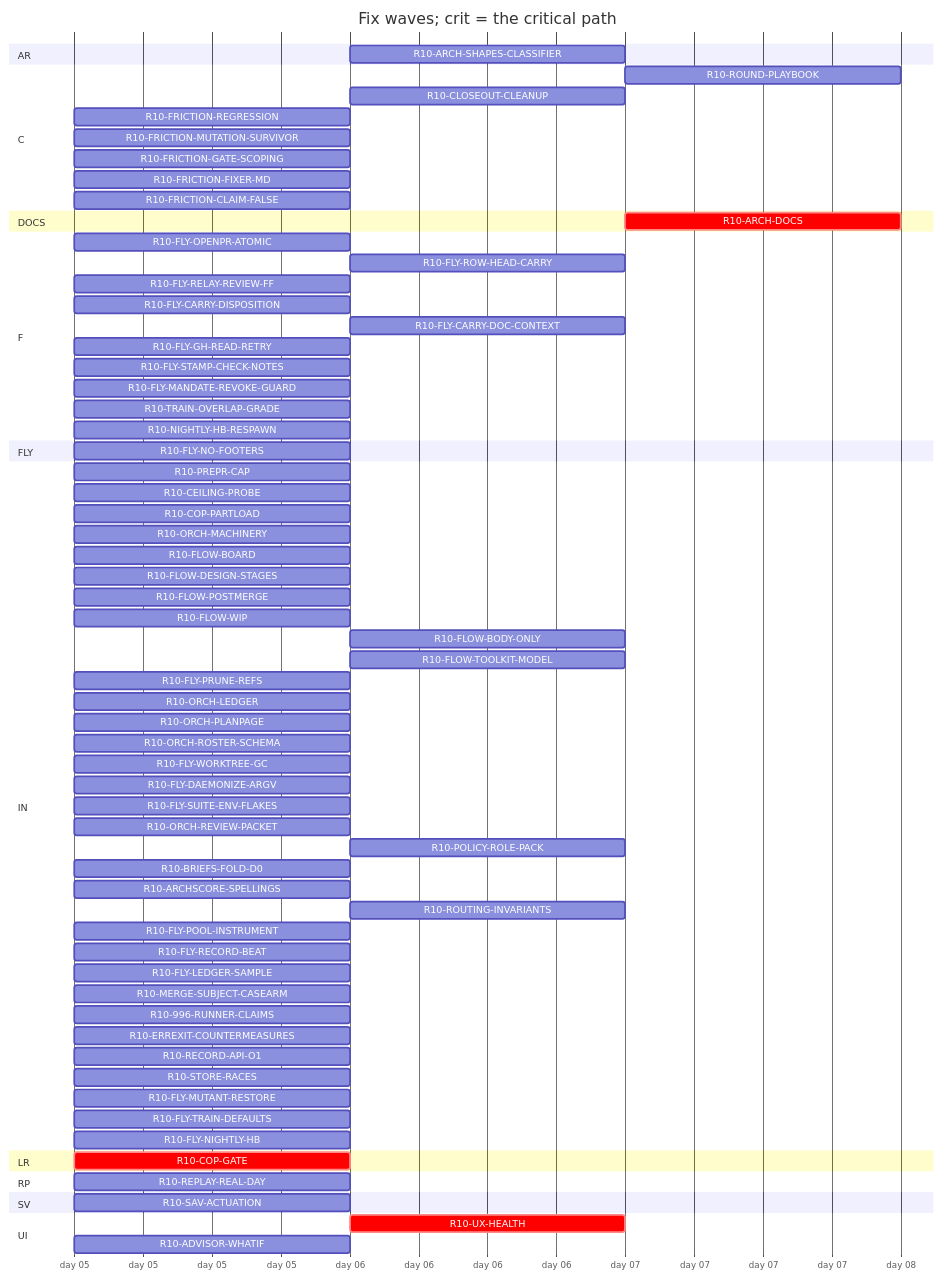
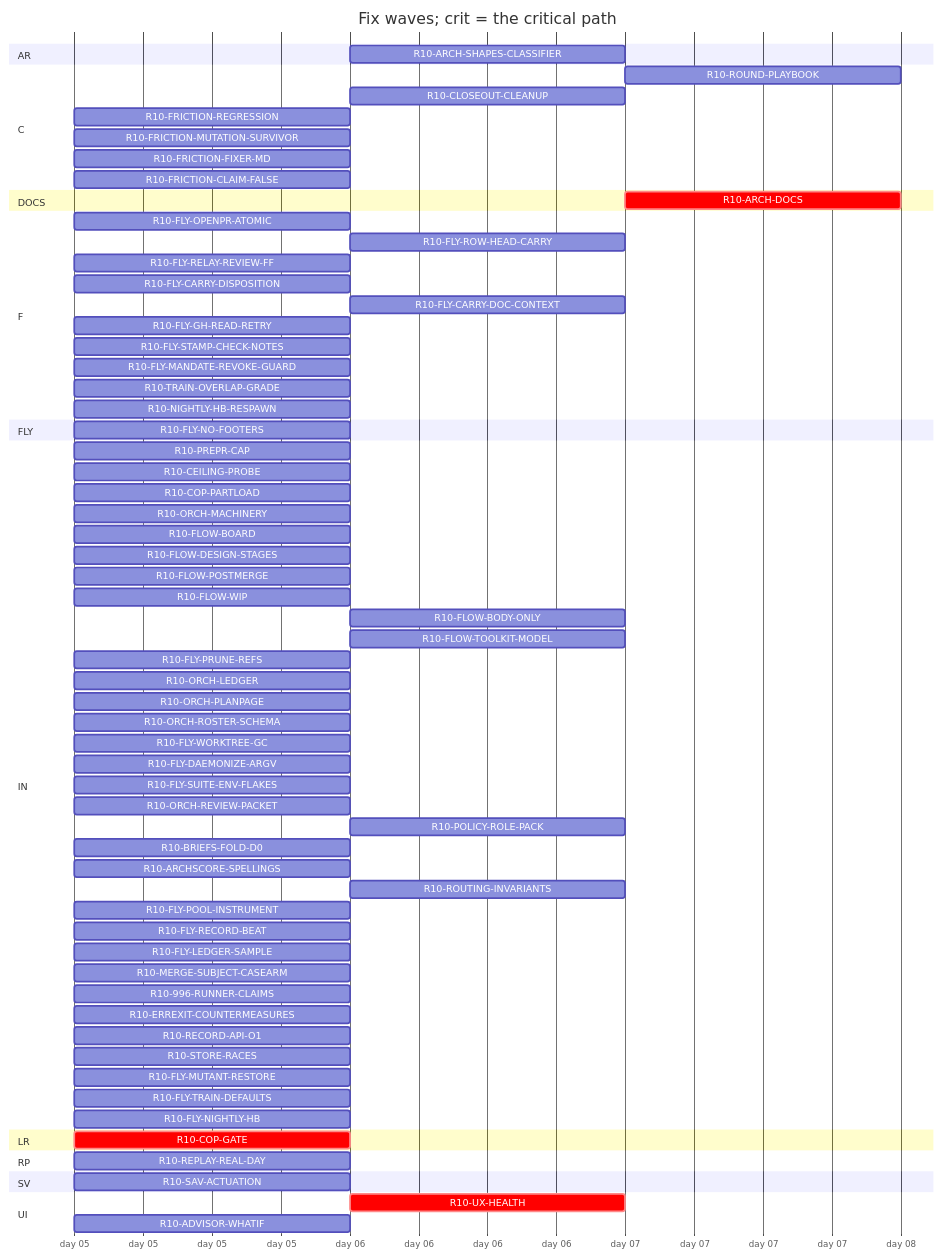
Before and after one commit to tvofi/heatpump_optimizer: the diagram in handoff/round10/state/PLAN-TABLE.md, drawn with Mermaid. The commit also changed other lines of this file and 3 other files, not shown here.

Commit message:
state: FLOW-BOARD.md, NEXT-SESSION-PROMPT.md, PLAN-TABLE.md, RESUME-CURRENT.md regenerated (state_docs.py)

````diff
--- a/handoff/round10/state/PLAN-TABLE.md
+++ b/handoff/round10/state/PLAN-TABLE.md
@@ -23,74 +23,73 @@
 ```mermaid
 gantt
   title Fix waves; crit = the critical path
   dateFormat YYYY-MM-DD
   axisFormat day %d
   section AR
     R10-ARCH-SHAPES-CLASSIFIER :r10ARCHSHAPESCLASSIFIER, after r10996RUNNERCLAIMS, 1d
   section C
     R10-ROUND-PLAYBOOK :r10ROUNDPLAYBOOK, after r10ORCHLEDGER r10ORCHPLANPAGE r10FLYRELAYREVIEWFF r10FLOWBODYONLY, 1d
     R10-CLOSEOUT-CLEANUP :r10CLOSEOUTCLEANUP, after r10FLYPRUNEREFS r10FLYWORKTREEGC, 1d
     R10-FRICTION-REGRESSION :r10FRICTIONREGRESSION, 2026-01-05, 1d
     R10-FRICTION-MUTATION-SURVIVOR :r10FRICTIONMUTATIONSURVIVOR, 2026-01-05, 1d
-    R10-FRICTION-GATE-SCOPING :r10FRICTIONGATESCOPING, 2026-01-05, 1d
     R10-FRICTION-FIXER-MD :r10FRICTIONFIXERMD, 2026-01-05, 1d
     R10-FRICTION-CLAIM-FALSE :r10FRICTIONCLAIMFALSE, 2026-01-05, 1d
   section DOCS
     R10-ARCH-DOCS :crit, r10ARCHDOCS, after r10COPGATE r10UXHEALTH r10CEILINGPROBE r10COPPARTLOAD r10FLOWBOARD r10FLOWDESIGNSTAGES r10FLOWPOSTMERGE r10FLOWWIP r10FLOWBODYONLY r10FLYOPENPRATOMIC r10FLYROWHEADCARRY r10FLYRELAYREVIEWFF r10FLYCARRYDISPOSITION r10FLYCARRYDOCCONTEXT r10FLOWTOOLKITMODEL r10FLYSTAMPCHECKNOTES r10FLYMANDATEREVOKEGUARD r10TRAINOVERLAPGRADE r10NIGHTLYHBRESPAWN r10FLYPRUNEREFS r10ORCHLEDGER r10ORCHPLANPAGE r10ORCHROSTERSCHEMA r10FLYWORKTREEGC r10FLYDAEMONIZEARGV r10ORCHREVIEWPACKET r10POLICYROLEPACK r10BRIEFSFOLDD0 r10REPLAYREALDAY r10ARCHSCORESPELLINGS r10SAVACTUATION r10FLYLEDGERSAMPLE, 1d
   section F
     R10-FLY-OPENPR-ATOMIC :r10FLYOPENPRATOMIC, 2026-01-05, 1d
     R10-FLY-ROW-HEAD-CARRY :r10FLYROWHEADCARRY, after r10FLYOPENPRATOMIC, 1d
     R10-FLY-RELAY-REVIEW-FF :r10FLYRELAYREVIEWFF, 2026-01-05, 1d
     R10-FLY-CARRY-DISPOSITION :r10FLYCARRYDISPOSITION, 2026-01-05, 1d
     R10-FLY-CARRY-DOC-CONTEXT :r10FLYCARRYDOCCONTEXT, after r10FLYGHREADRETRY, 1d
     R10-FLY-GH-READ-RETRY :r10FLYGHREADRETRY, 2026-01-05, 1d
     R10-FLY-STAMP-CHECK-NOTES :r10FLYSTAMPCHECKNOTES, 2026-01-05, 1d
     R10-FLY-MANDATE-REVOKE-GUARD :r10FLYMANDATEREVOKEGUARD, 2026-01-05, 1d
     R10-TRAIN-OVERLAP-GRADE :r10TRAINOVERLAPGRADE, 2026-01-05, 1d
     R10-NIGHTLY-HB-RESPAWN :r10NIGHTLYHBRESPAWN, 2026-01-05, 1d
   section FLY
     R10-FLY-NO-FOOTERS :r10FLYNOFOOTERS, 2026-01-05, 1d
   section IN
     R10-PREPR-CAP :r10PREPRCAP, 2026-01-05, 1d
     R10-CEILING-PROBE :r10CEILINGPROBE, 2026-01-05, 1d
     R10-COP-PARTLOAD :r10COPPARTLOAD, 2026-01-05, 1d
     R10-ORCH-MACHINERY :r10ORCHMACHINERY, 2026-01-05, 1d
     R10-FLOW-BOARD :r10FLOWBOARD, 2026-01-05, 1d
     R10-FLOW-DESIGN-STAGES :r10FLOWDESIGNSTAGES, 2026-01-05, 1d
     R10-FLOW-POSTMERGE :r10FLOWPOSTMERGE, 2026-01-05, 1d
     R10-FLOW-WIP :r10FLOWWIP, 2026-01-05, 1d
     R10-FLOW-BODY-ONLY :r10FLOWBODYONLY, after r10FLYOPENPRATOMIC, 1d
     R10-FLOW-TOOLKIT-MODEL :r10FLOWTOOLKITMODEL, after r10ORCHPLANPAGE, 1d
     R10-FLY-PRUNE-REFS :r10FLYPRUNEREFS, 2026-01-05, 1d
     R10-ORCH-LEDGER :r10ORCHLEDGER, 2026-01-05, 1d
     R10-ORCH-PLANPAGE :r10ORCHPLANPAGE, 2026-01-05, 1d
     R10-ORCH-ROSTER-SCHEMA :r10ORCHROSTERSCHEMA, 2026-01-05, 1d
     R10-FLY-WORKTREE-GC :r10FLYWORKTREEGC, 2026-01-05, 1d
     R10-FLY-DAEMONIZE-ARGV :r10FLYDAEMONIZEARGV, 2026-01-05, 1d
     R10-FLY-SUITE-ENV-FLAKES :r10FLYSUITEENVFLAKES, 2026-01-05, 1d
     R10-ORCH-REVIEW-PACKET :r10ORCHREVIEWPACKET, 2026-01-05, 1d
     R10-POLICY-ROLE-PACK :r10POLICYROLEPACK, after r10FLOWDESIGNSTAGES, 1d
     R10-BRIEFS-FOLD-D0 :r10BRIEFSFOLDD0, 2026-01-05, 1d
     R10-ARCHSCORE-SPELLINGS :r10ARCHSCORESPELLINGS, 2026-01-05, 1d
     R10-ROUTING-INVARIANTS :r10ROUTINGINVARIANTS, after r10ORCHROSTERSCHEMA, 1d
     R10-FLY-POOL-INSTRUMENT :r10FLYPOOLINSTRUMENT, 2026-01-05, 1d
     R10-FLY-RECORD-BEAT :r10FLYRECORDBEAT, 2026-01-05, 1d
     R10-FLY-LEDGER-SAMPLE :r10FLYLEDGERSAMPLE, 2026-01-05, 1d
     R10-MERGE-SUBJECT-CASEARM :r10MERGESUBJECTCASEARM, 2026-01-05, 1d
     R10-996-RUNNER-CLAIMS :r10996RUNNERCLAIMS, 2026-01-05, 1d
     R10-ERREXIT-COUNTERMEASURES :r10ERREXITCOUNTERMEASURES, 2026-01-05, 1d
     R10-RECORD-API-O1 :r10RECORDAPIO1, 2026-01-05, 1d
     R10-STORE-RACES :r10STORERACES, 2026-01-05, 1d
     R10-FLY-MUTANT-RESTORE :r10FLYMUTANTRESTORE, 2026-01-05, 1d
     R10-FLY-TRAIN-DEFAULTS :r10FLYTRAINDEFAULTS, 2026-01-05, 1d
     R10-FLY-NIGHTLY-HB :r10FLYNIGHTLYHB, 2026-01-05, 1d
   section LR
     R10-COP-GATE :crit, r10COPGATE, 2026-01-05, 1d
   section RP
     R10-REPLAY-REAL-DAY :r10REPLAYREALDAY, 2026-01-05, 1d
   section SV
     R10-SAV-ACTUATION :r10SAVACTUATION, 2026-01-05, 1d
   section UI
     R10-UX-HEALTH :crit, r10UXHEALTH, after r10COPGATE, 1d
     R10-ADVISOR-WHATIF :r10ADVISORWHATIF, 2026-01-05, 1d
 ```
````
